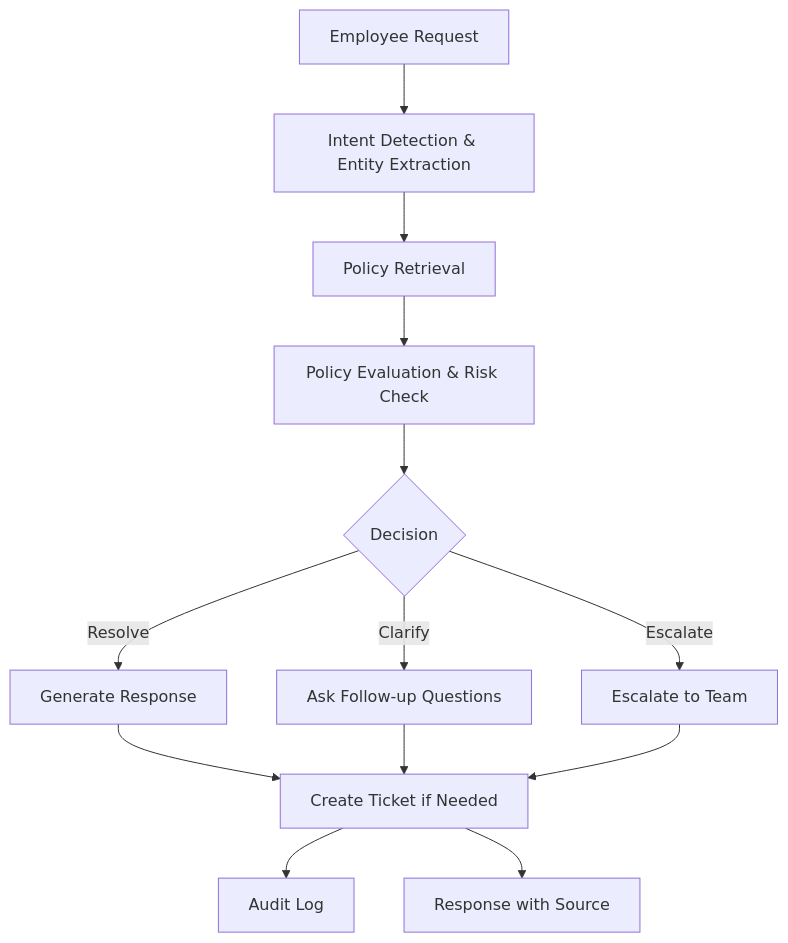
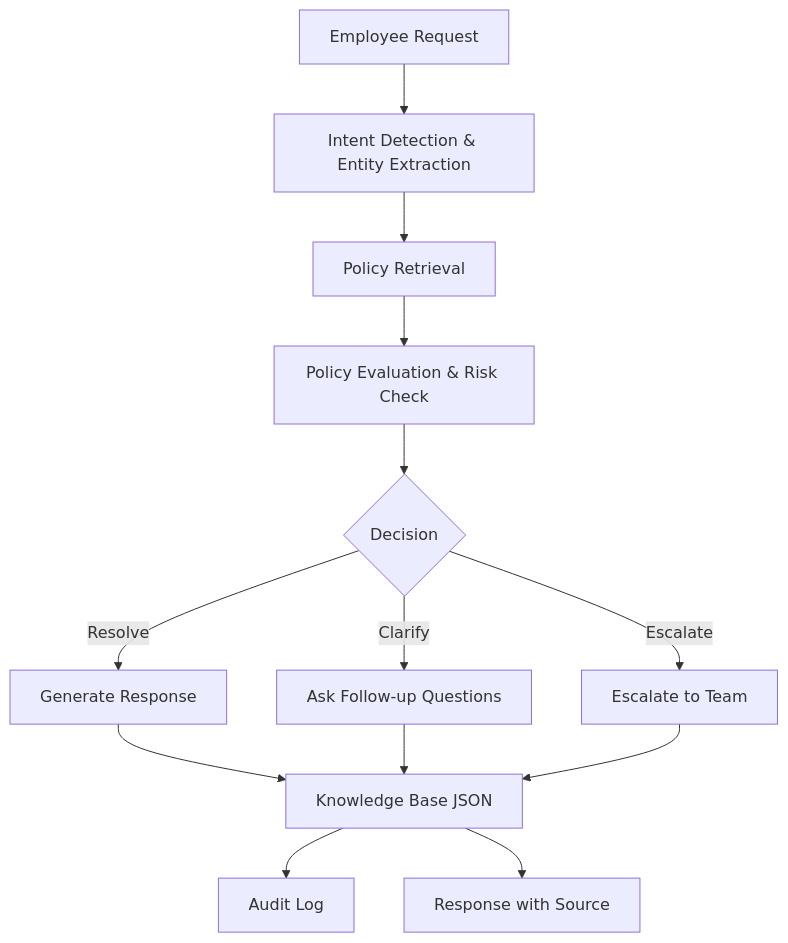
Before and after one commit to bhaveshsardana28/AIONOS-Assignment-2: the first of 2 diagrams in README.md, drawn with Mermaid. The commit also changed 1 other file, not shown here.

Commit message:
Fix Mermaid diagram syntax

````diff
--- a/README.md
+++ b/README.md
@@ -40,15 +40,15 @@
 ```mermaid
 graph TD
     A[Employee Request] --> B[Intent Detection & Entity Extraction]
     B --> C[Policy Retrieval]
     C --> D[Policy Evaluation & Risk Check]
     D --> E{Decision}
     E -->|Resolve| F[Generate Response]
     E -->|Clarify| G[Ask Follow-up Questions]
     E -->|Escalate| H[Escalate to Team]
     F --> I[Create Ticket if Needed]
     G --> I
-    H --> I
+    H --> I["Knowledge Base JSON"]
     I --> J[Audit Log]
     I --> K[Response with Source]
 ```
````
